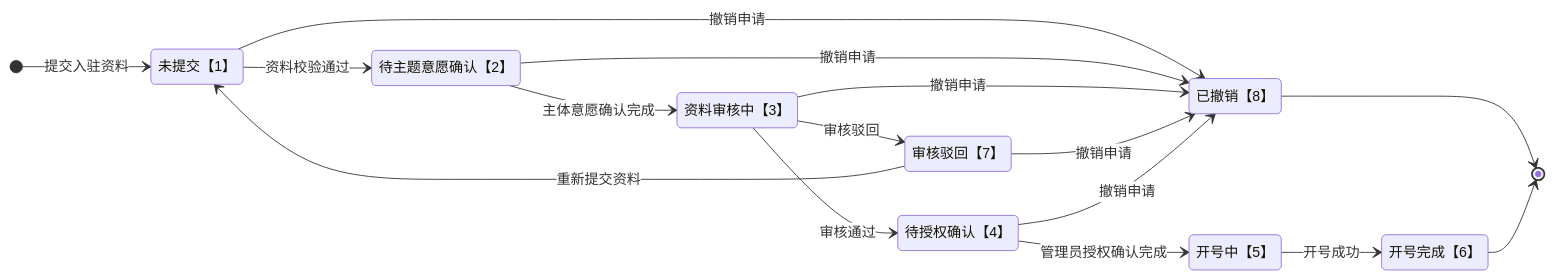
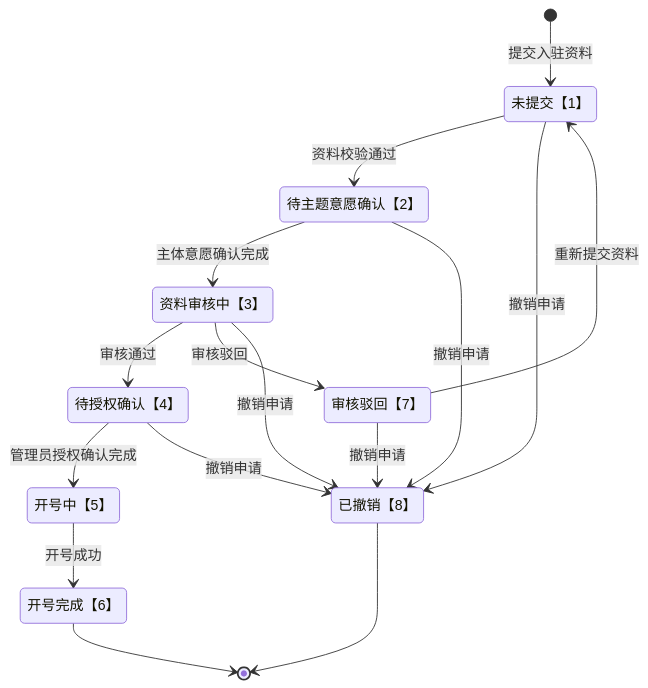
One commit to minibear2021/wechatpay_docs changed the second of 2 diagrams in docs/partner/pages/4016985537.md. Above: the diagram before and after it, drawn with Mermaid. The commit also changed other lines of this file and 46 other files, not shown here.

````diff
--- a/docs/partner/pages/4016985537.md
+++ b/docs/partner/pages/4016985537.md
@@ -61,29 +61,26 @@
 ```mermaid
-%%{init: {'themeVariables':{'edgeLabelBackground':'#ffffff'}}}%%
 stateDiagram-v2
-    direction LR
-    state "未提交【1】" as S2
-    state "审核驳回【7】" as S3
-    state "待主题意愿确认【2】" as S4
-    state "资料审核中【3】" as S5
-    state "待授权确认【4】" as S6
-    state "开号中【5】" as S7
-    state "开号完成【6】" as S8
-    state "已撤销【8】" as S9
-
-    [*] --> S2: 提交入驻资料
-    S2 --> S4: 资料校验通过
-    S2 --> S9: 撤销申请
-    S4 --> S9: 撤销申请
-    S4 --> S5: 主体意愿确认完成
-    S9 --> [*]
-    S5 --> S9: 撤销申请
-    S5 --> S6: 审核通过
-    S5 --> S3: 审核驳回
-    S3 --> S9: 撤销申请
-    S6 --> S9: 撤销申请
-    S6 --> S7: 管理员授权确认完成
-    S3 --> S2: 重新提交资料
-    S7 --> S8: 开号成功
-    S8 --> [*]
+  state "未提交【1】" as S0
+  state "审核驳回【7】" as S1
+  state "待主题意愿确认【2】" as S2
+  state "资料审核中【3】" as S3
+  state "待授权确认【4】" as S4
+  state "开号中【5】" as S5
+  state "开号完成【6】" as S6
+  state "已撤销【8】" as S7
+  [*] --> S0 : 提交入驻资料
+  S0 --> S2 : 资料校验通过
+  S2 --> S3 : 主体意愿确认完成
+  S3 --> S4 : 审核通过
+  S4 --> S5 : 管理员授权确认完成
+  S5 --> S6 : 开号成功
+  S3 --> S1 : 审核驳回
+  S1 --> S7 : 撤销申请
+  S1 --> S0 : 重新提交资料
+  S6 --> [*]
+  S7 --> [*]
+  S4 --> S7 : 撤销申请
+  S0 --> S7 : 撤销申请
+  S2 --> S7 : 撤销申请
+  S3 --> S7 : 撤销申请
 ```
````
